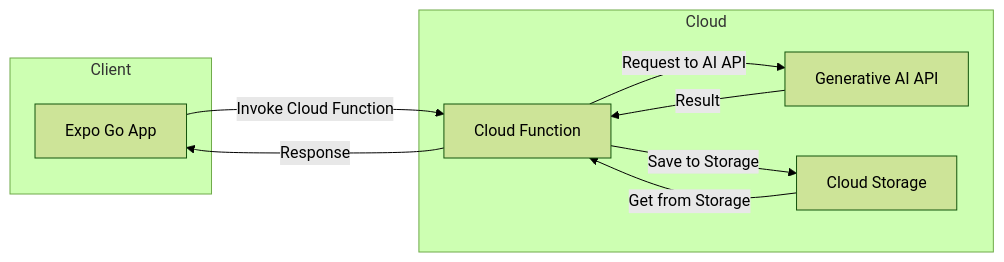
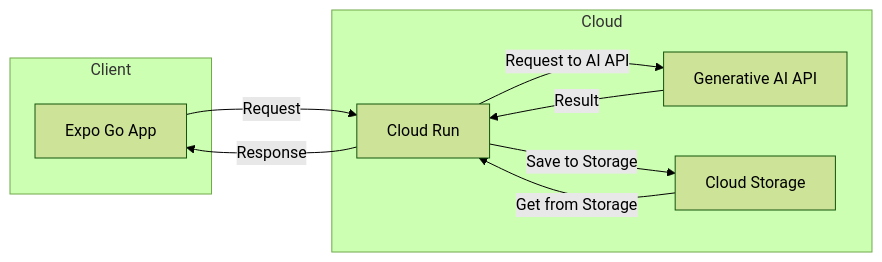
One commit to hyoshida123/BeforeTheHoneymoon changed the diagram in README.md. Above: the diagram before and after it, drawn with Mermaid (forest theme). The commit also changed other lines of this file and 11 other files, not shown here.

````diff
--- a/README.md
+++ b/README.md
@@ -15,19 +16,19 @@
 ```mermaid
 flowchart LR
     subgraph Client
         A[Expo Go App]
     end
     
     subgraph Cloud
-        B[Cloud Function]
+        B[Cloud Run]
         C[Generative AI API]
         D[Cloud Storage]
     end
     
-    A -->|Invoke Cloud Function| B
+    A -->|Request| B
     B -->|Request to AI API| C
     C -->|Result| B
     B -->|Save to Storage| D
     D -->|Get from Storage| B
     B -->|Response| A
 ```
````
